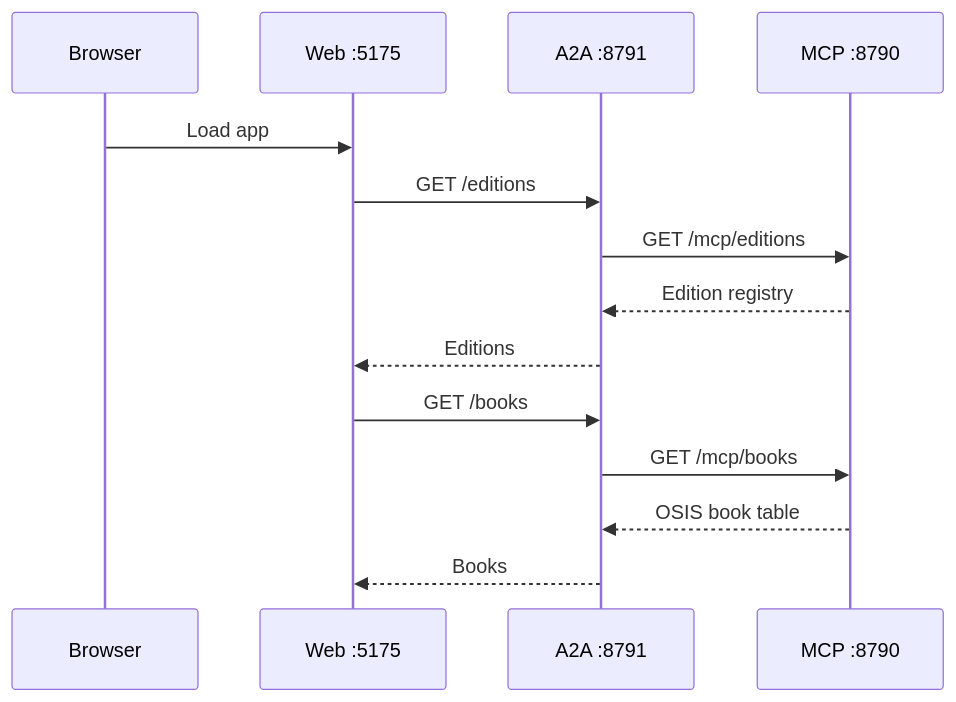
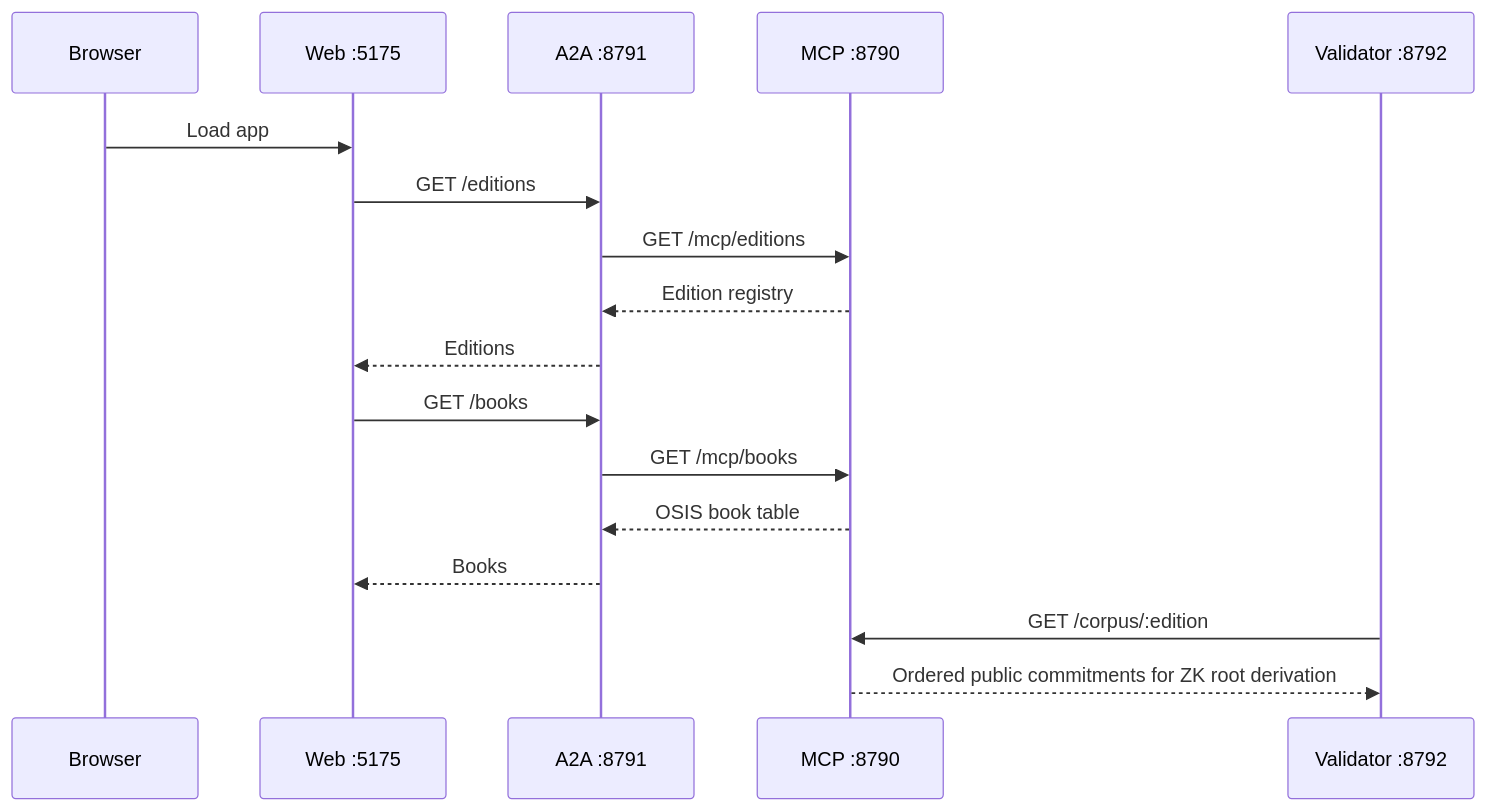
Before and after one commit to rpedersen3/verifiable-content-demo: the third of 5 diagrams in documents/operational-architecture.md, drawn with Mermaid. The commit also changed other lines of this file and 9 other files, not shown here.

````diff
--- a/documents/operational-architecture.md
+++ b/documents/operational-architecture.md
@@ -66,17 +80,20 @@
 ```mermaid
 sequenceDiagram
   participant Browser
   participant Vite as Web :5175
   participant A2A as A2A :8791
   participant MCP as MCP :8790
+  participant Validator as Validator :8792
 
   Browser->>Vite: Load app
   Vite->>A2A: GET /editions
   A2A->>MCP: GET /mcp/editions
   MCP-->>A2A: Edition registry
   A2A-->>Vite: Editions
   Vite->>A2A: GET /books
   A2A->>MCP: GET /mcp/books
   MCP-->>A2A: OSIS book table
   A2A-->>Vite: Books
+  Validator->>MCP: GET /corpus/:edition
+  MCP-->>Validator: Ordered public commitments for ZK root derivation
 ```
````
